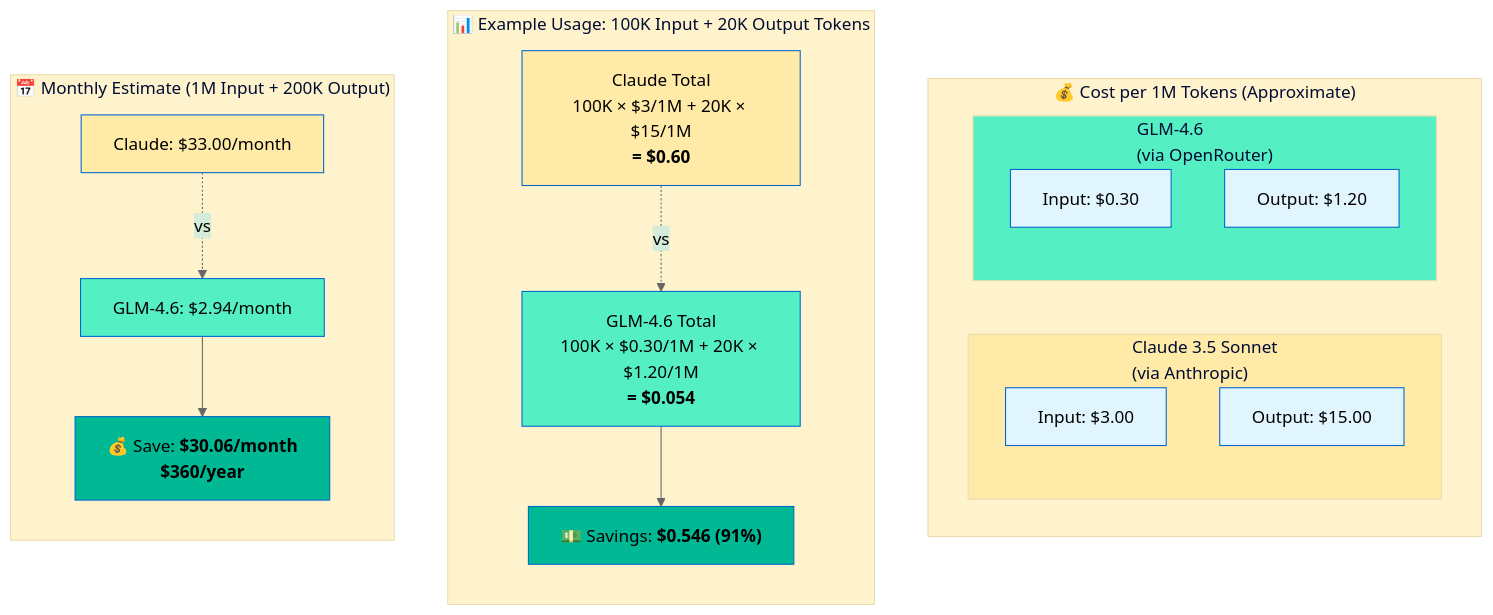
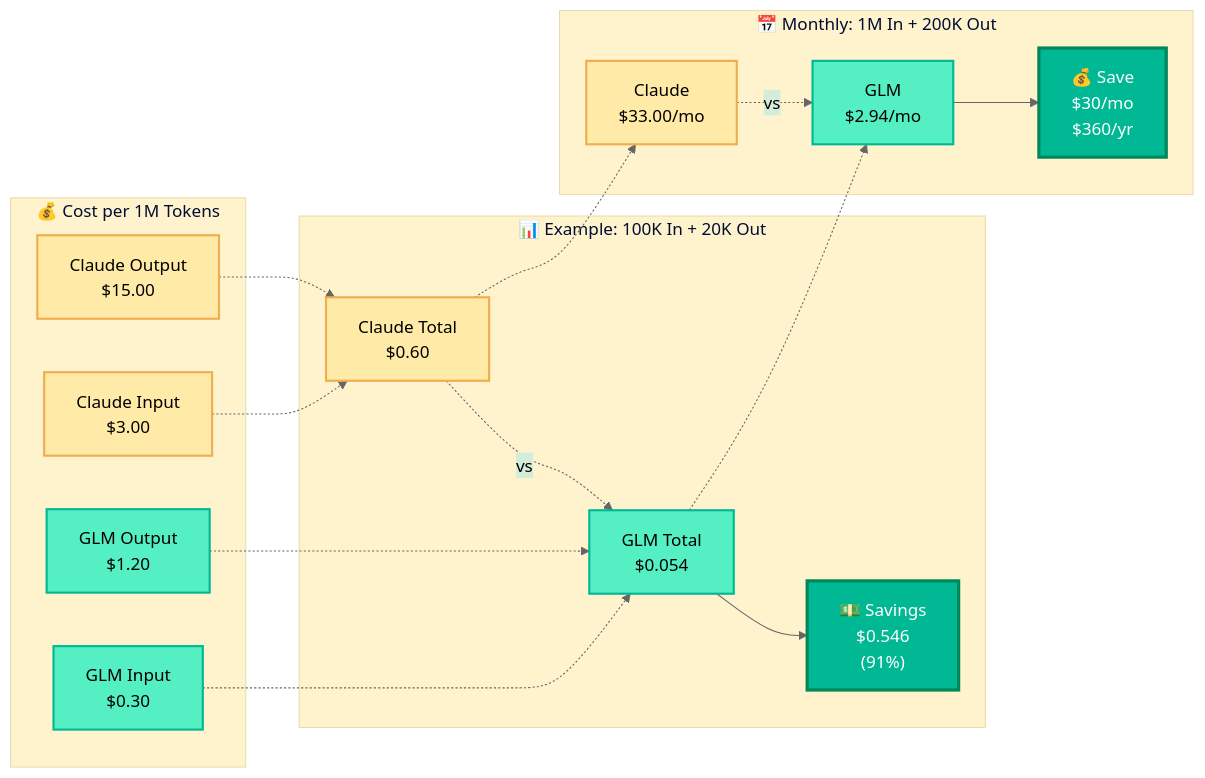
One commit to arkaigrowth/glm-proxy changed the fourth of 4 diagrams in README.md. Above: the diagram before and after it, drawn with Mermaid. The commit also changed other lines of this file, not shown here.

Commit message:
Fix diagram readability issues
- All node text now black (was light gray on light backgrounds)
- System Architecture: Added color:#000 to all nodes with borders
- Sequence Diagram: Theme config ensures black text for all labels
- Component Deployment: Black text on all styled nodes
- Cost Comparison: Restructured to LR layout to fix header cutoff

Addresses all readability concerns for light-colored backgrounds.

🤖 Generated with Claude Code

````diff
--- a/README.md
+++ b/README.md
@@ -172,48 +181,45 @@
 ```mermaid
 %%{init: {'theme':'base', 'themeVariables': { 'primaryColor':'#e1f5ff','primaryTextColor':'#000','primaryBorderColor':'#0066cc','lineColor':'#666','secondaryColor':'#d4edda','tertiaryColor':'#fff3cd'}}}%%
-graph TB
-    subgraph Costs["💰 Cost per 1M Tokens (Approximate)"]
-        direction LR
-
-        subgraph Claude["Claude 3.5 Sonnet<br/>(via Anthropic)"]
-            C_In["Input: $3.00"]
-            C_Out["Output: $15.00"]
-        end
-
-        subgraph GLM["GLM-4.6<br/>(via OpenRouter)"]
-            G_In["Input: $0.30"]
-            G_Out["Output: $1.20"]
-        end
+graph LR
+    subgraph Pricing["💰 Cost per 1M Tokens"]
+        C_In["Claude Input<br/>$3.00"]
+        C_Out["Claude Output<br/>$15.00"]
+        G_In["GLM Input<br/>$0.30"]
+        G_Out["GLM Output<br/>$1.20"]
     end
 
-    subgraph Example["📊 Example Usage: 100K Input + 20K Output Tokens"]
-        direction TB
-
-        Claude_Total["Claude Total<br/>100K × $3/1M + 20K × $15/1M<br/><b>= $0.60</b>"]
-        GLM_Total["GLM-4.6 Total<br/>100K × $0.30/1M + 20K × $1.20/1M<br/><b>= $0.054</b>"]
-        Savings["💵 Savings: <b>$0.546 (91%)</b>"]
-
-        Claude_Total -.->|vs| GLM_Total
-        GLM_Total --> Savings
+    subgraph Example["📊 Example: 100K In + 20K Out"]
+        Claude_Total["Claude Total<br/>$0.60"]
+        GLM_Total["GLM Total<br/>$0.054"]
+        Savings["💵 Savings<br/>$0.546<br/>(91%)"]
     end
 
-    subgraph Monthly["📅 Monthly Estimate (1M Input + 200K Output)"]
-        direction TB
-
-        M_Claude["Claude: $33.00/month"]
-        M_GLM["GLM-4.6: $2.94/month"]
-        M_Save["💰 Save: <b>$30.06/month</b><br/><b>$360/year</b>"]
-
-        M_Claude -.->|vs| M_GLM
-        M_GLM --> M_Save
+    subgraph Monthly["📅 Monthly: 1M In + 200K Out"]
+        M_Claude["Claude<br/>$33.00/mo"]
+        M_GLM["GLM<br/>$2.94/mo"]
+        M_Save["💰 Save<br/>$30/mo<br/>$360/yr"]
     end
 
-    style Claude fill:#ffeaa7
-    style GLM fill:#55efc4
-    style Savings fill:#00b894
-    style M_Save fill:#00b894
-    style Claude_Total fill:#ffeaa7
-    style GLM_Total fill:#55efc4
-    style M_Claude fill:#ffeaa7
-    style M_GLM fill:#55efc4
+    C_In -.-> Claude_Total
+    C_Out -.-> Claude_Total
+    G_In -.-> GLM_Total
+    G_Out -.-> GLM_Total
+    Claude_Total -.->|vs| GLM_Total
+    GLM_Total --> Savings
+
+    Claude_Total -.-> M_Claude
+    GLM_Total -.-> M_GLM
+    M_Claude -.->|vs| M_GLM
+    M_GLM --> M_Save
+
+    style C_In fill:#ffeaa7,stroke:#f0ad4e,stroke-width:2px,color:#000
+    style C_Out fill:#ffeaa7,stroke:#f0ad4e,stroke-width:2px,color:#000
+    style G_In fill:#55efc4,stroke:#00b894,stroke-width:2px,color:#000
+    style G_Out fill:#55efc4,stroke:#00b894,stroke-width:2px,color:#000
+    style Claude_Total fill:#ffeaa7,stroke:#f0ad4e,stroke-width:2px,color:#000
+    style GLM_Total fill:#55efc4,stroke:#00b894,stroke-width:2px,color:#000
+    style Savings fill:#00b894,stroke:#00875a,stroke-width:3px,color:#fff
+    style M_Claude fill:#ffeaa7,stroke:#f0ad4e,stroke-width:2px,color:#000
+    style M_GLM fill:#55efc4,stroke:#00b894,stroke-width:2px,color:#000
+    style M_Save fill:#00b894,stroke:#00875a,stroke-width:3px,color:#fff
 ```
````
